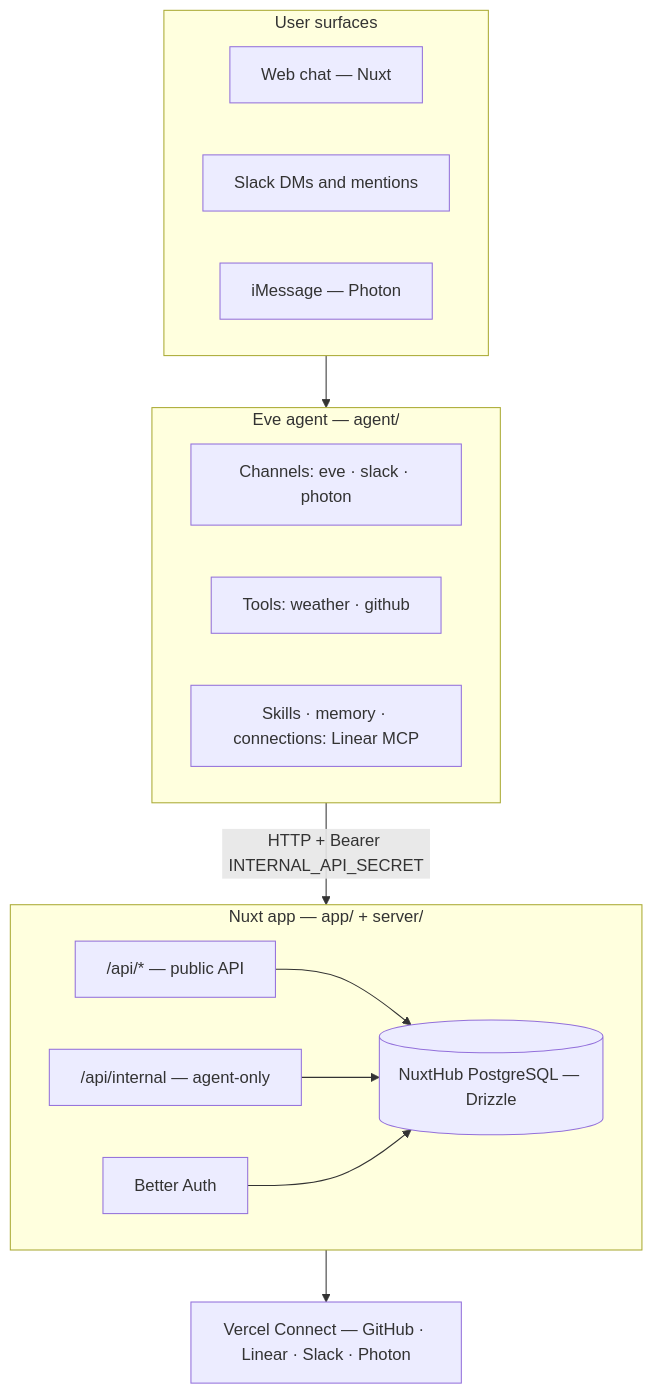
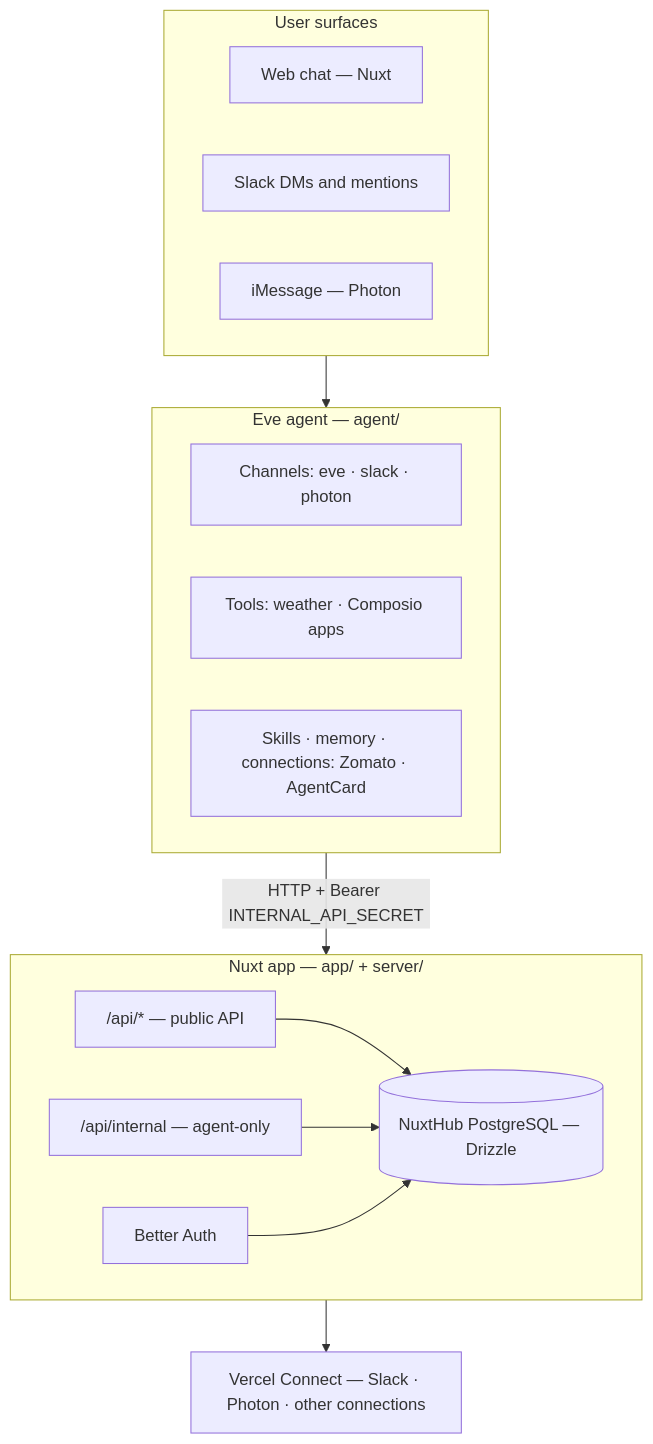
One commit to Zero-Sugar0/thinky changed the diagram in docs/ARCHITECTURE.md. Above: the diagram before and after it, drawn with Mermaid. The commit also changed other lines of this file and 9 other files, not shown here.

Commit message:
feat: migrate GitHub and Linear integrations to Composio, update documentation and remove deprecated code

````diff
--- a/docs/ARCHITECTURE.md
+++ b/docs/ARCHITECTURE.md
@@ -11,30 +11,30 @@
 ```mermaid
 flowchart TB
   subgraph surfaces [User surfaces]
     web[Web chat — Nuxt]
     slack[Slack DMs and mentions]
     imessage[iMessage — Photon]
   end
 
   subgraph eve [Eve agent — agent/]
     channels[Channels: eve · slack · photon]
-    tools[Tools: weather · github]
-    skills[Skills · memory · connections: Linear MCP]
+    tools[Tools: weather · Composio apps]
+    skills[Skills · memory · connections: Zomato · AgentCard]
   end
 
   subgraph nuxt [Nuxt app — app/ + server/]
     api["/api/* — public API"]
     internal["/api/internal — agent-only"]
     auth[Better Auth]
     db[(NuxtHub PostgreSQL — Drizzle)]
   end
 
-  connect[Vercel Connect — GitHub · Linear · Slack · Photon]
+  connect[Vercel Connect — Slack · Photon · other connections]
 
   surfaces --> eve
   eve -->|"HTTP + Bearer INTERNAL_API_SECRET"| nuxt
   api --> db
   internal --> db
   auth --> db
   nuxt --> connect
 ```
````
